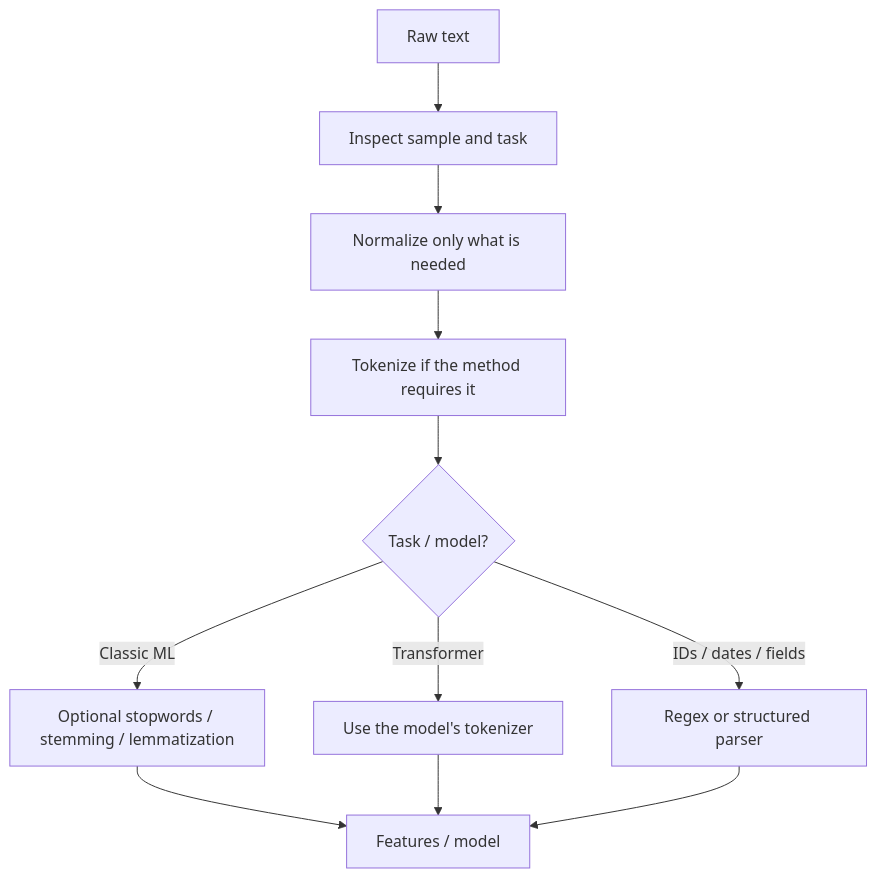
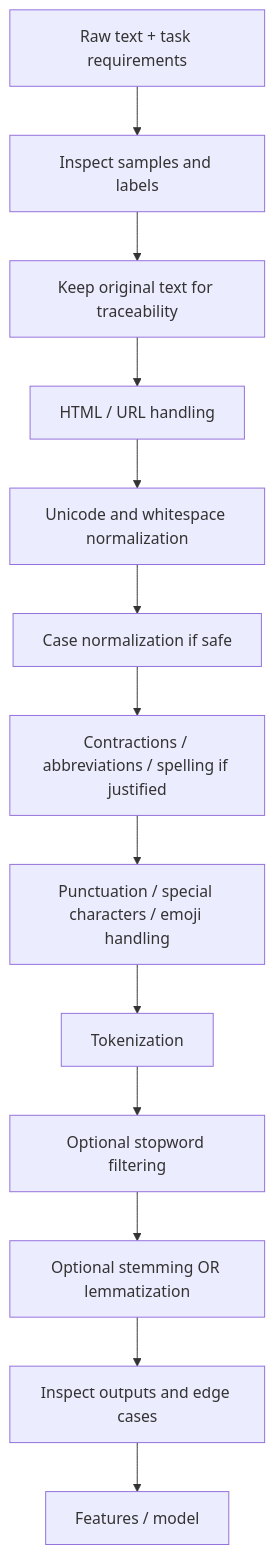
One commit to ADxSD-143/STUDY-docs changed the diagram in NLP/01-text-preprocessing.md. Above: the diagram before and after it, drawn with Mermaid. The commit also changed other lines of this file, not shown here.

````diff
--- a/NLP/01-text-preprocessing.md
+++ b/NLP/01-text-preprocessing.md
@@ -10,13 +12,15 @@
-```mermaid
+~~~mermaid
 flowchart TD
-    A[Raw text] --> B[Inspect sample and task]
-    B --> C[Normalize only what is needed]
-    C --> D[Tokenize if the method requires it]
-    D --> E{Task / model?}
-    E -->|Classic ML| F[Optional stopwords / stemming / lemmatization]
-    E -->|Transformer| G[Use the model's tokenizer]
-    E -->|IDs / dates / fields| H[Regex or structured parser]
-    F --> I[Features / model]
-    G --> I
-    H --> I
-```
+    A[Raw text + task requirements] --> B[Inspect samples and labels]
+    B --> C[Keep original text for traceability]
+    C --> D[HTML / URL handling]
+    D --> E[Unicode and whitespace normalization]
+    E --> F[Case normalization if safe]
+    F --> G[Contractions / abbreviations / spelling if justified]
+    G --> H[Punctuation / special characters / emoji handling]
+    H --> I[Tokenization]
+    I --> J[Optional stopword filtering]
+    J --> K[Optional stemming OR lemmatization]
+    K --> L[Inspect outputs and edge cases]
+    L --> M[Features / model]
+~~~
````
